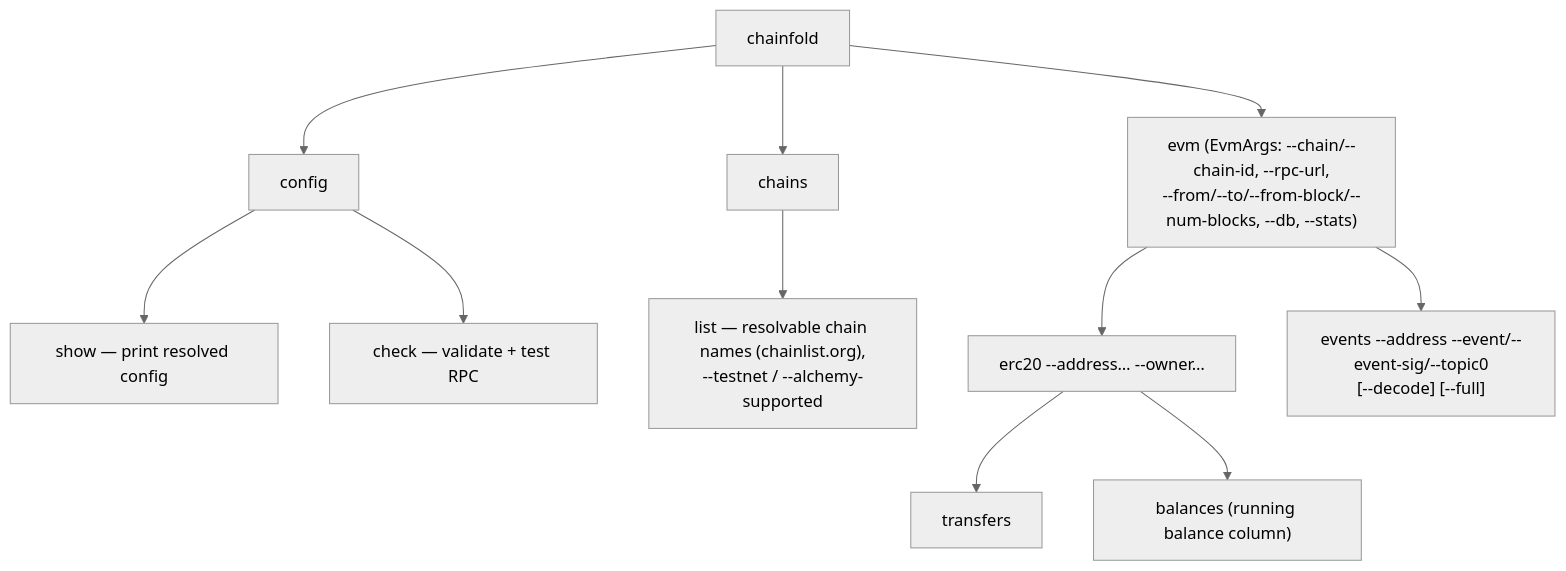
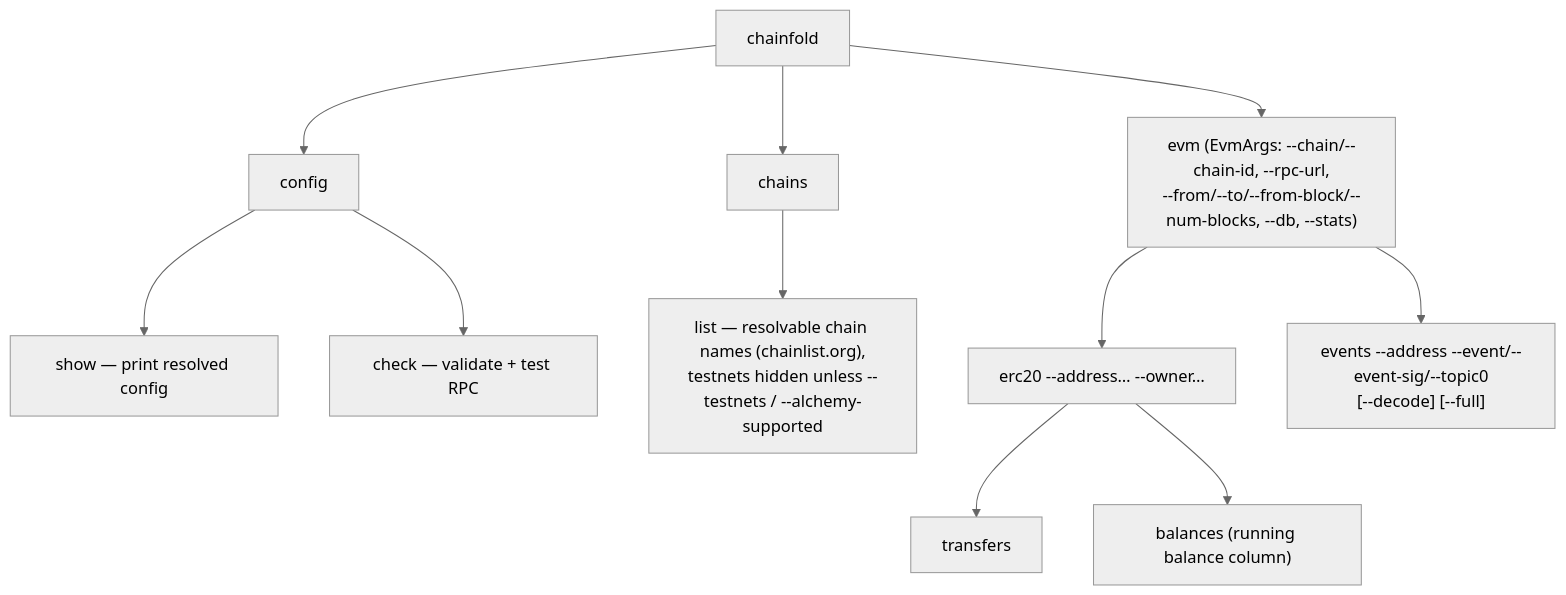
Diagram 12 of 12 in docs/ARCHITECTURE.md (nikicat/chainfold), drawn with Mermaid (neutral theme) before and after one commit. The commit also changed 3 other files, not shown here.

First line of the commit message:
feat(cli): chains list hides testnets unless --testnets

````diff
--- a/docs/ARCHITECTURE.md
+++ b/docs/ARCHITECTURE.md
@@ -1112,14 +1112,14 @@
 ```mermaid
 flowchart TB
     root["chainfold"]
     root --> config["config"]
     root --> chains["chains"]
     root --> evm["evm (EvmArgs: --chain/--chain-id, --rpc-url,<br/>--from/--to/--from-block/--num-blocks, --db, --stats)"]
     config --> cshow["show — print resolved config"]
     config --> ccheck["check — validate + test RPC"]
-    chains --> clist["list — resolvable chain names (chainlist.org),<br/>--testnet / --alchemy-supported"]
+    chains --> clist["list — resolvable chain names (chainlist.org),<br/>testnets hidden unless --testnets / --alchemy-supported"]
     evm --> erc20["erc20 --address… --owner…"]
     evm --> events["events --address --event/--event-sig/--topic0<br/>[--decode] [--full]"]
     erc20 --> transfers["transfers"]
     erc20 --> balances["balances (running balance column)"]
 ```
````
